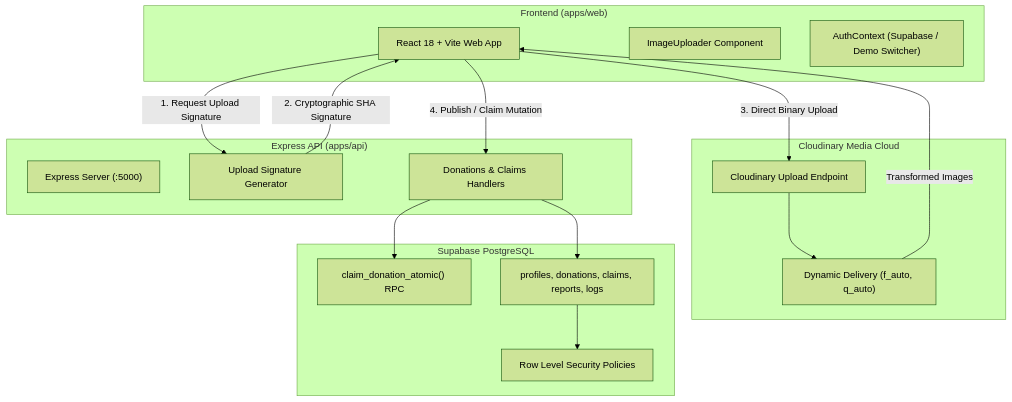
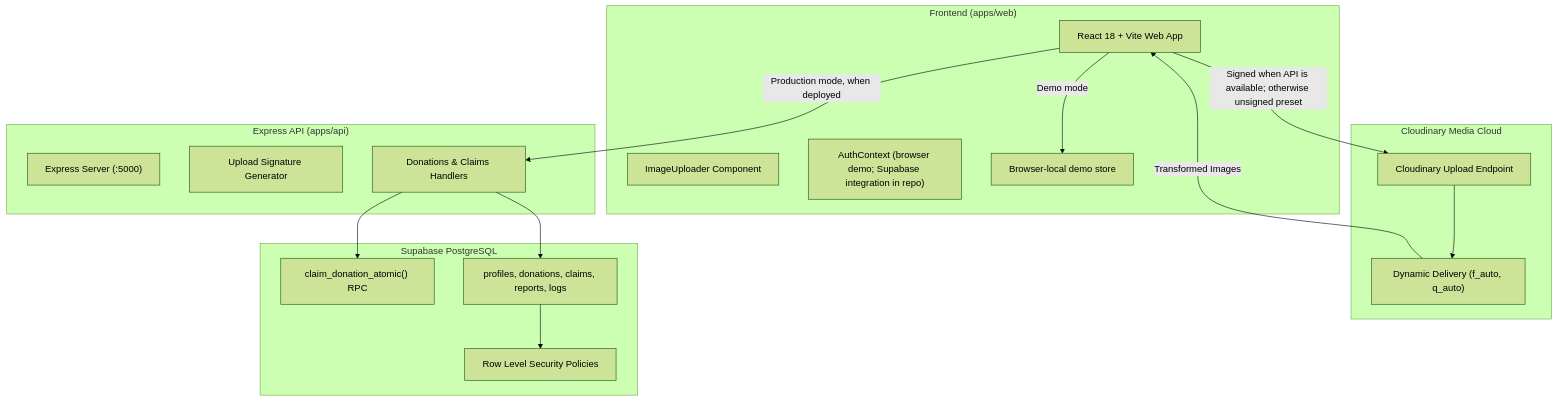
Before and after one commit to pratitdedhia/SharePlate: the diagram in README.md, drawn with Mermaid (forest theme). The commit also changed other lines of this file and 56 other files, not shown here.

````diff
--- a/README.md
+++ b/README.md
@@ -46,35 +46,35 @@
 ```mermaid
 graph TD
     subgraph Client ["Frontend (apps/web)"]
         Browser["React 18 + Vite Web App"]
         Uploader["ImageUploader Component"]
-        Auth["AuthContext (Supabase / Demo Switcher)"]
+        Auth["AuthContext (browser demo; Supabase integration in repo)"]
+        DemoStore["Browser-local demo store"]
     end
 
     subgraph Media ["Cloudinary Media Cloud"]
         CloudAPI["Cloudinary Upload Endpoint"]
         EdgeCDN["Dynamic Delivery (f_auto, q_auto)"]
     end
 
     subgraph Server ["Express API (apps/api)"]
         ExpressApp["Express Server (:5000)"]
         Signer["Upload Signature Generator"]
         Controllers["Donations & Claims Handlers"]
     end
 
     subgraph DB ["Supabase PostgreSQL"]
         RLS["Row Level Security Policies"]
         AtomicRPC["claim_donation_atomic() RPC"]
         Tables["profiles, donations, claims, reports, logs"]
     end
 
-    Browser -->|1. Request Upload Signature| Signer
-    Signer -->|2. Cryptographic SHA Signature| Browser
-    Browser -->|3. Direct Binary Upload| CloudAPI
+    Browser -->|Signed when API is available; otherwise unsigned preset| CloudAPI
     CloudAPI --> EdgeCDN
-    Browser -->|4. Publish / Claim Mutation| Controllers
+    Browser -->|Demo mode| DemoStore
+    Browser -->|Production mode, when deployed| Controllers
     Controllers --> AtomicRPC
     Controllers --> Tables
     Tables --> RLS
     EdgeCDN -->|Transformed Images| Browser
 ```
````
